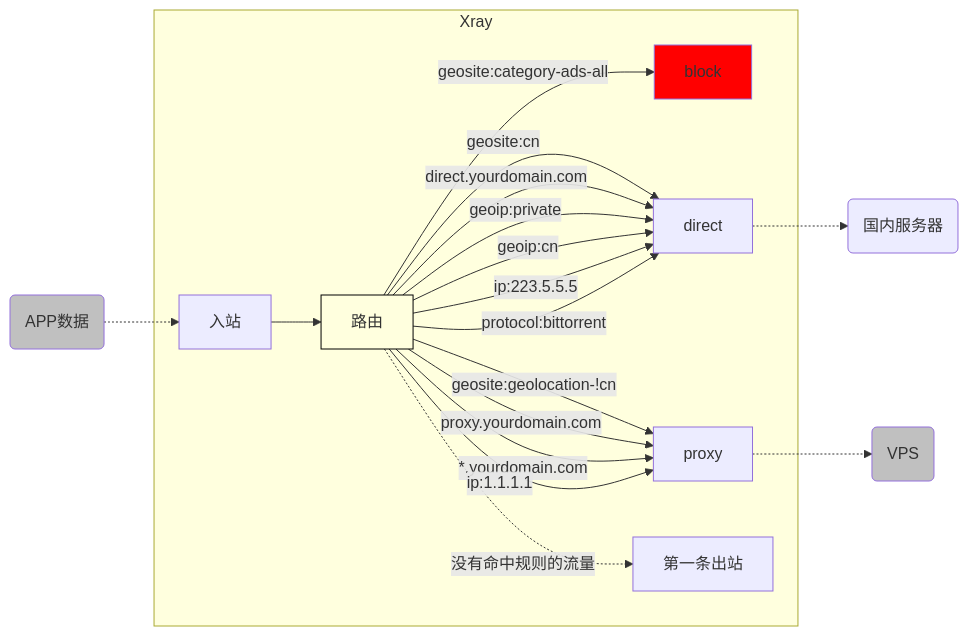
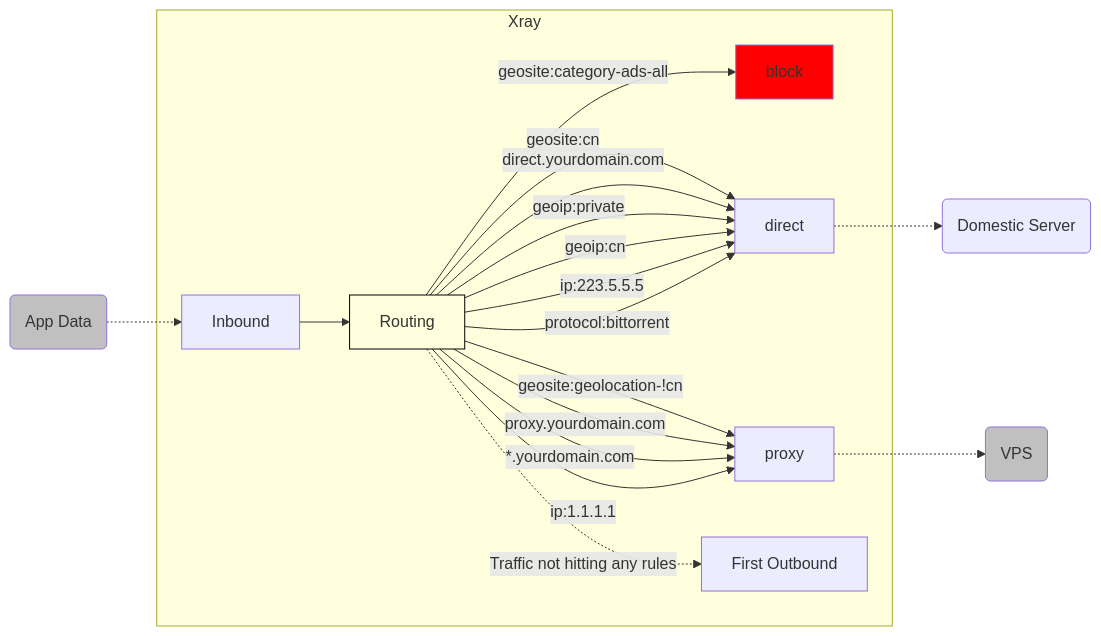
One commit to XTLS/Xray-docs-next changed the diagram in docs/en/document/level-1/routing-lv1-part2.md. Above: the diagram before and after it, drawn with Mermaid. The commit also changed other lines of this file and 90 other files, not shown here.

````diff
--- a/docs/en/document/level-1/routing-lv1-part2.md
+++ b/docs/en/document/level-1/routing-lv1-part2.md
@@ -243,36 +243,36 @@
 ```mermaid
     graph LR;
 
-    S(APP数据) .-> I[入站]
+    S(App Data) .-> I[Inbound]
 
     subgraph Xray
-    I --> R[路由] -- "geosite:category-ads-all" --> O1[block]
+    I --> R[Routing] -- "geosite:category-ads-all" --> O1[block]
 
-    R[路由] -- "geosite:cn" --> O2[direct]
-    R[路由] -- "direct.yourdomain.com" --> O2[direct]
-    R[路由] -- "geoip:private" --> O2[direct]
-    R[路由] -- "geoip:cn" --> O2[direct]
-    R[路由] -- "ip:223.5.5.5" --> O2[direct]
-    R[路由] -- "protocol:bittorrent" --> O2[direct]
+    R[Routing] -- "geosite:cn" --> O2[direct]
+    R[Routing] -- "direct.yourdomain.com" --> O2[direct]
+    R[Routing] -- "geoip:private" --> O2[direct]
+    R[Routing] -- "geoip:cn" --> O2[direct]
+    R[Routing] -- "ip:223.5.5.5" --> O2[direct]
+    R[Routing] -- "protocol:bittorrent" --> O2[direct]
 
-    R[路由] -- "geosite:geolocation-!cn" --> O3[proxy]
-    R[路由] -- "proxy.yourdomain.com" --> O3[proxy]
-    R[路由] -- "*.yourdomain.com" --> O3[proxy]
-    R[路由] -- "ip:1.1.1.1" --> O3[proxy]
+    R[Routing] -- "geosite:geolocation-!cn" --> O3[proxy]
+    R[Routing] -- "proxy.yourdomain.com" --> O3[proxy]
+    R[Routing] -- "*.yourdomain.com" --> O3[proxy]
+    R[Routing] -- "ip:1.1.1.1" --> O3[proxy]
 
-    R[路由] -. "没有命中规则的流量" .-> O4[第一条出站]
+    R[Routing] -. "Traffic not hitting any rules" .-> O4[First Outbound]
 
     end
 
-    O2 .-> D(国内服务器)
+    O2 .-> D(Domestic Server)
     O3 .-> V(VPS)
 
     O1:::redclass
     V:::greyclass
     S:::greyclass
     R:::routingclass
     classDef redclass fill:#FF0000
     classDef greyclass fill:#C0C0C0
     classDef routingclass fill:#FFFFDE,stroke:#000000
 
 ```
````
